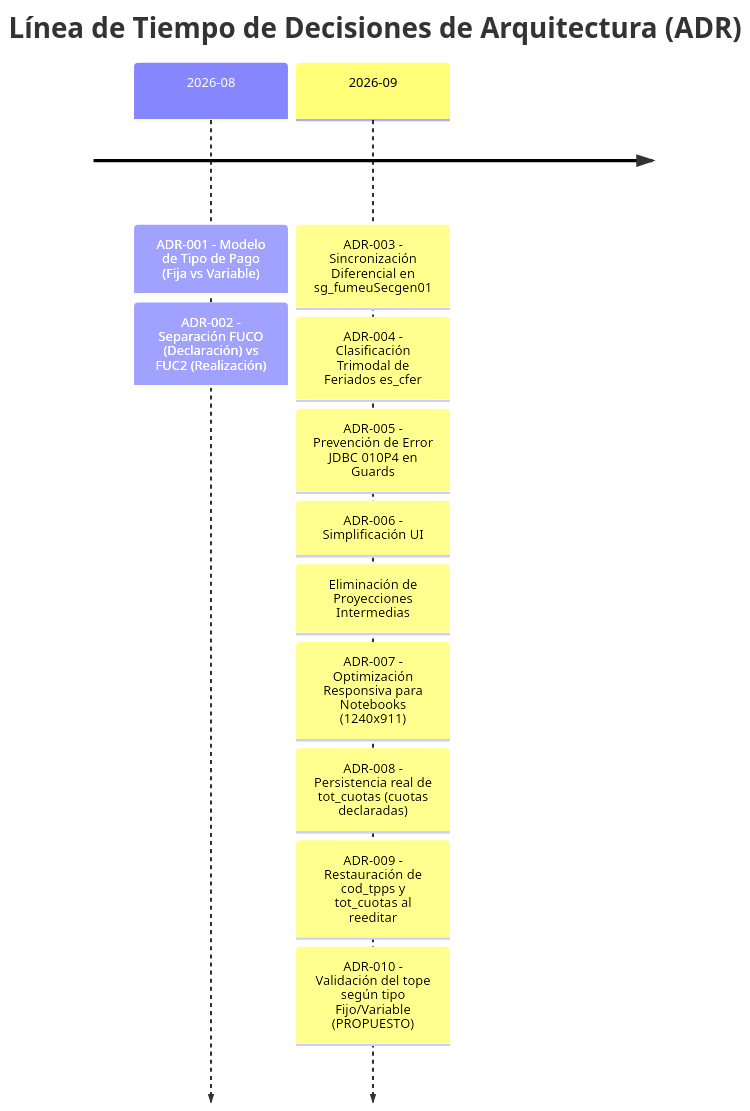
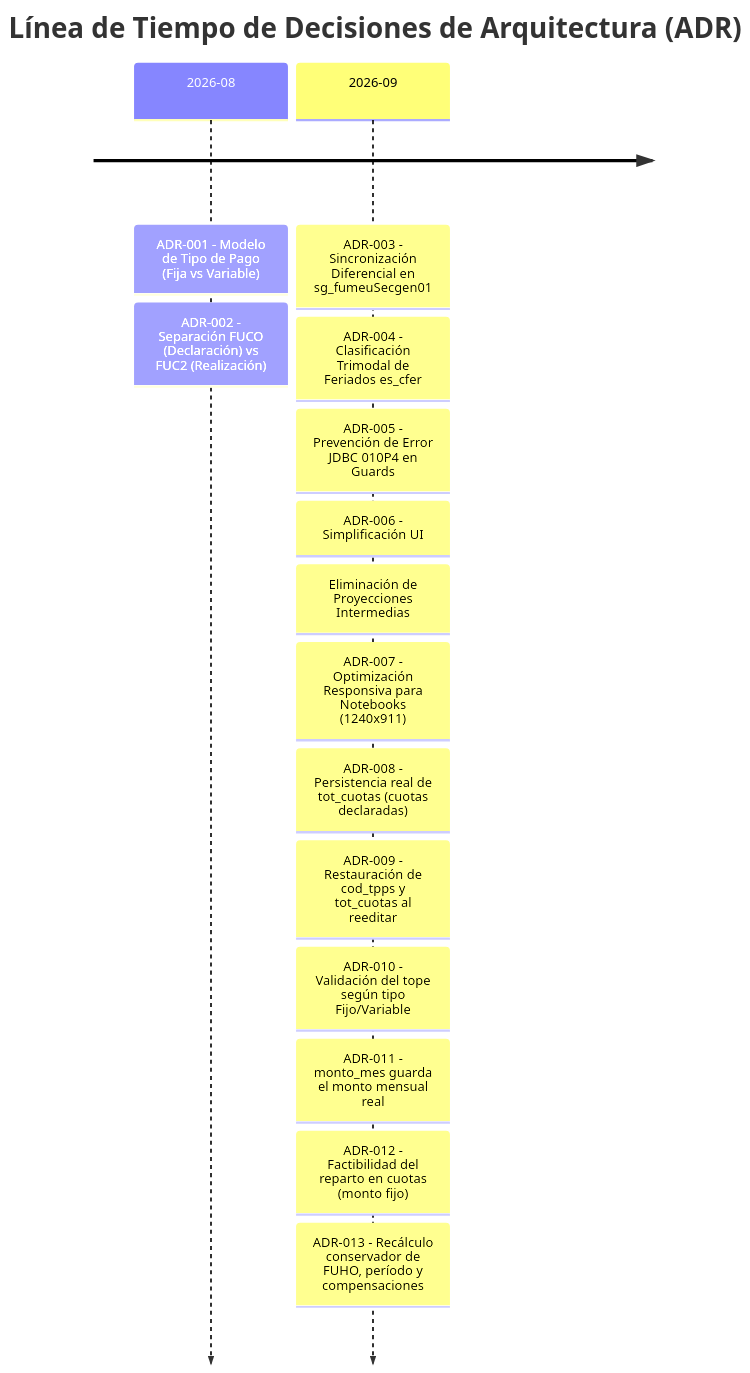
One commit to estebanlizama/template-du09 changed the diagram in cambios_pa_solicitud_wf/contexto_reglas_cambios_agregados/README.md. Above: the diagram before and after it, drawn with Mermaid. The commit also changed other lines of this file and 13 other files, not shown here.

````diff
--- a/cambios_pa_solicitud_wf/contexto_reglas_cambios_agregados/README.md
+++ b/cambios_pa_solicitud_wf/contexto_reglas_cambios_agregados/README.md
@@ -27,14 +28,17 @@
 ```mermaid
 timeline
     title Línea de Tiempo de Decisiones de Arquitectura (ADR)
     2026-08 : ADR-001 - Modelo de Tipo de Pago (Fija vs Variable)
             : ADR-002 - Separación FUCO (Declaración) vs FUC2 (Realización)
     2026-09 : ADR-003 - Sincronización Diferencial en sg_fumeuSecgen01
             : ADR-004 - Clasificación Trimodal de Feriados es_cfer
             : ADR-005 - Prevención de Error JDBC 010P4 en Guards
             : ADR-006 - Simplificación UI: Eliminación de Proyecciones Intermedias
             : ADR-007 - Optimización Responsiva para Notebooks (1240x911)
             : ADR-008 - Persistencia real de tot_cuotas (cuotas declaradas)
             : ADR-009 - Restauración de cod_tpps y tot_cuotas al reeditar
-            : ADR-010 - Validación del tope según tipo Fijo/Variable (PROPUESTO)
+            : ADR-010 - Validación del tope según tipo Fijo/Variable
+            : ADR-011 - monto_mes guarda el monto mensual real
+            : ADR-012 - Factibilidad del reparto en cuotas (monto fijo)
+            : ADR-013 - Recálculo conservador de FUHO, período y compensaciones
 ```
````
